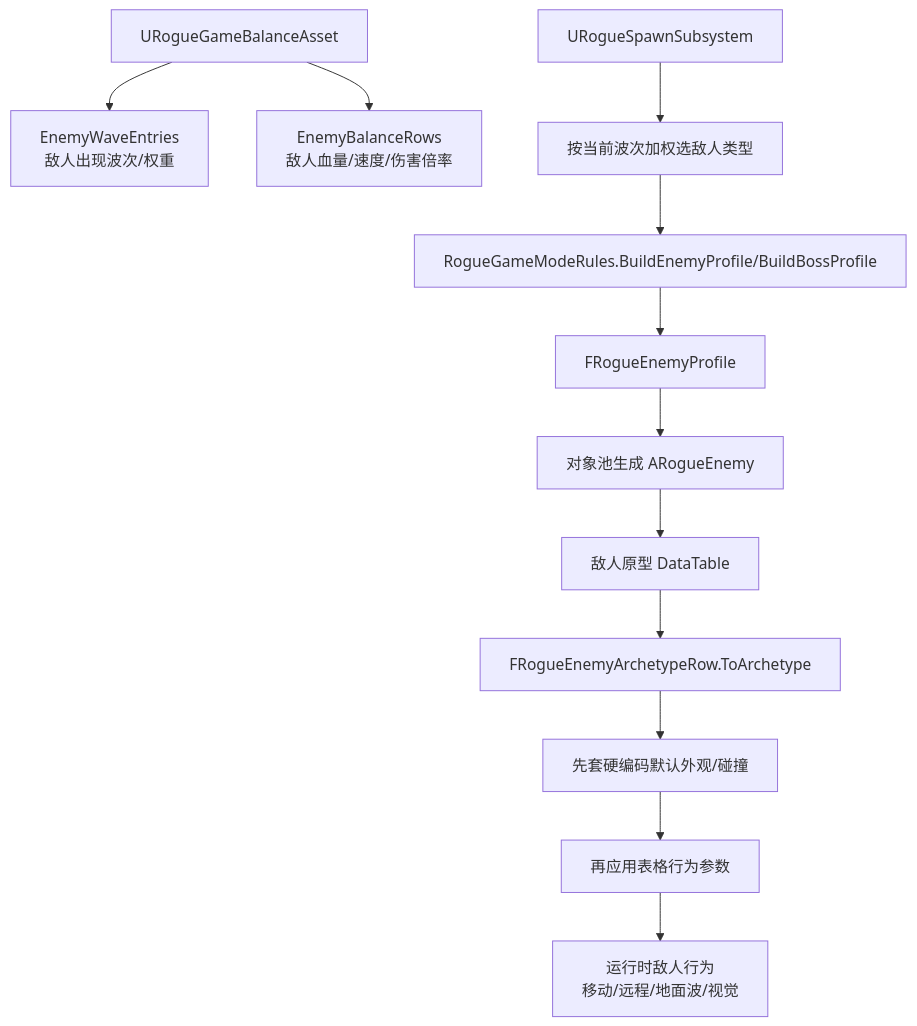
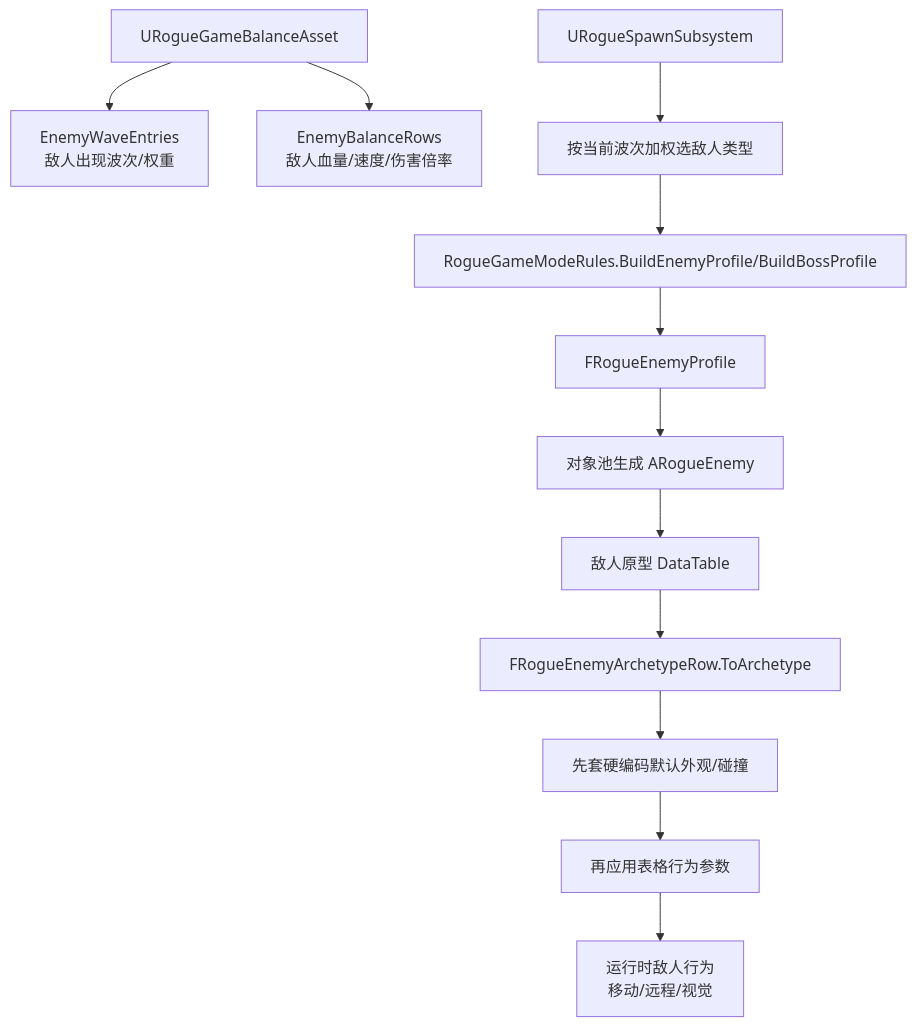
The fourth of 5 diagrams in Docs/OptimizedArchitecture.md (Elysiasloverly/AI-), drawn with Mermaid before and after one commit. The commit also changed 189 other files, not shown here.

First line of the commit message:
feat(enemies,ui): 敌人远程变体与弹体蓝图、HUD 生命值组件化

````diff
--- a/Docs/OptimizedArchitecture.md
+++ b/Docs/OptimizedArchitecture.md
@@ -91,16 +91,16 @@
 ```mermaid
 flowchart TD
     Balance["URogueGameBalanceAsset"] --> WaveEntries["EnemyWaveEntries\n敌人出现波次/权重"]
     Balance --> EnemyBalance["EnemyBalanceRows\n敌人血量/速度/伤害倍率"]
 
     SpawnSub["URogueSpawnSubsystem"] --> PickType["按当前波次加权选敌人类型"]
     PickType --> BuildProfile["RogueGameModeRules.BuildEnemyProfile/BuildBossProfile"]
     BuildProfile --> EnemyProfile["FRogueEnemyProfile"]
     EnemyProfile --> SpawnEnemy["对象池生成 ARogueEnemy"]
 
     SpawnEnemy --> EnemyDT["敌人原型 DataTable"]
     EnemyDT --> ArchetypeRow["FRogueEnemyArchetypeRow.ToArchetype"]
     ArchetypeRow --> DefaultArchetype["先套硬编码默认外观/碰撞"]
     DefaultArchetype --> DataOverride["再应用表格行为参数"]
-    DataOverride --> RuntimeEnemy["运行时敌人行为\n移动/远程/地面波/视觉"]
+    DataOverride --> RuntimeEnemy["运行时敌人行为\n移动/远程/视觉"]
 ```
````
